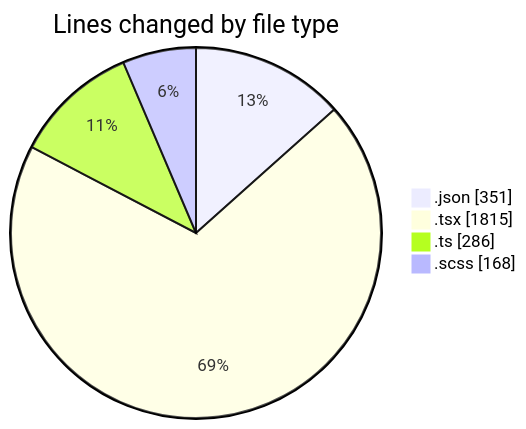
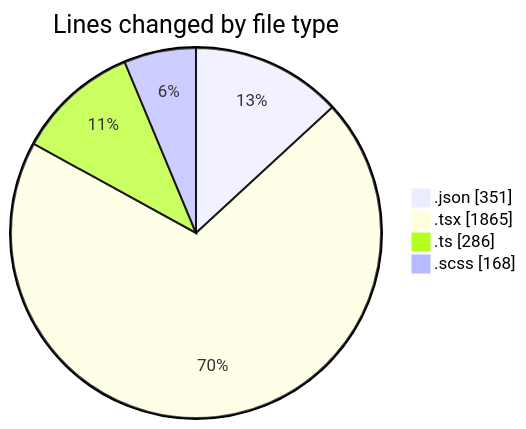
One commit to momahboobian/code-tracking changed the first of 2 diagrams in 2026-04-22/cda/README.md. Above: the diagram before and after it, drawn with Mermaid. The commit also changed other lines of this file and 1 other file, not shown here.

````diff
--- a/2026-04-22/cda/README.md
+++ b/2026-04-22/cda/README.md
@@ -36,8 +37,8 @@
 ```mermaid
 pie showData
 title Lines changed by file type
 ".json" : 351
-".tsx" : 1815
+".tsx" : 1865
 ".ts" : 286
 ".scss" : 168
 ```
````
